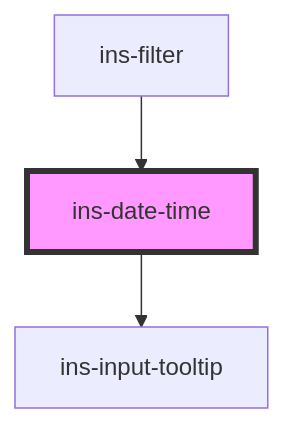
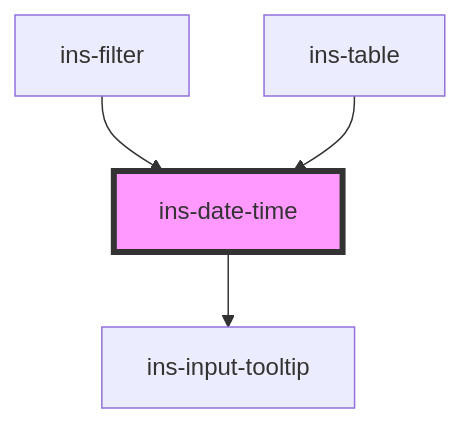
The diagram in components/src/components/ins-date-time/README.md (insites-io/insites-components-v2), drawn with Mermaid before and after one commit. The commit also changed other lines of this file and 100 other files, not shown here.

````diff
--- a/components/src/components/ins-date-time/README.md
+++ b/components/src/components/ins-date-time/README.md
@@ -66,6 +67,7 @@
 ```mermaid
 graph TD;
   ins-date-time --> ins-input-tooltip
   ins-filter --> ins-date-time
+  ins-table --> ins-date-time
   style ins-date-time fill:#f9f,stroke:#333,stroke-width:4px
 ```
````
